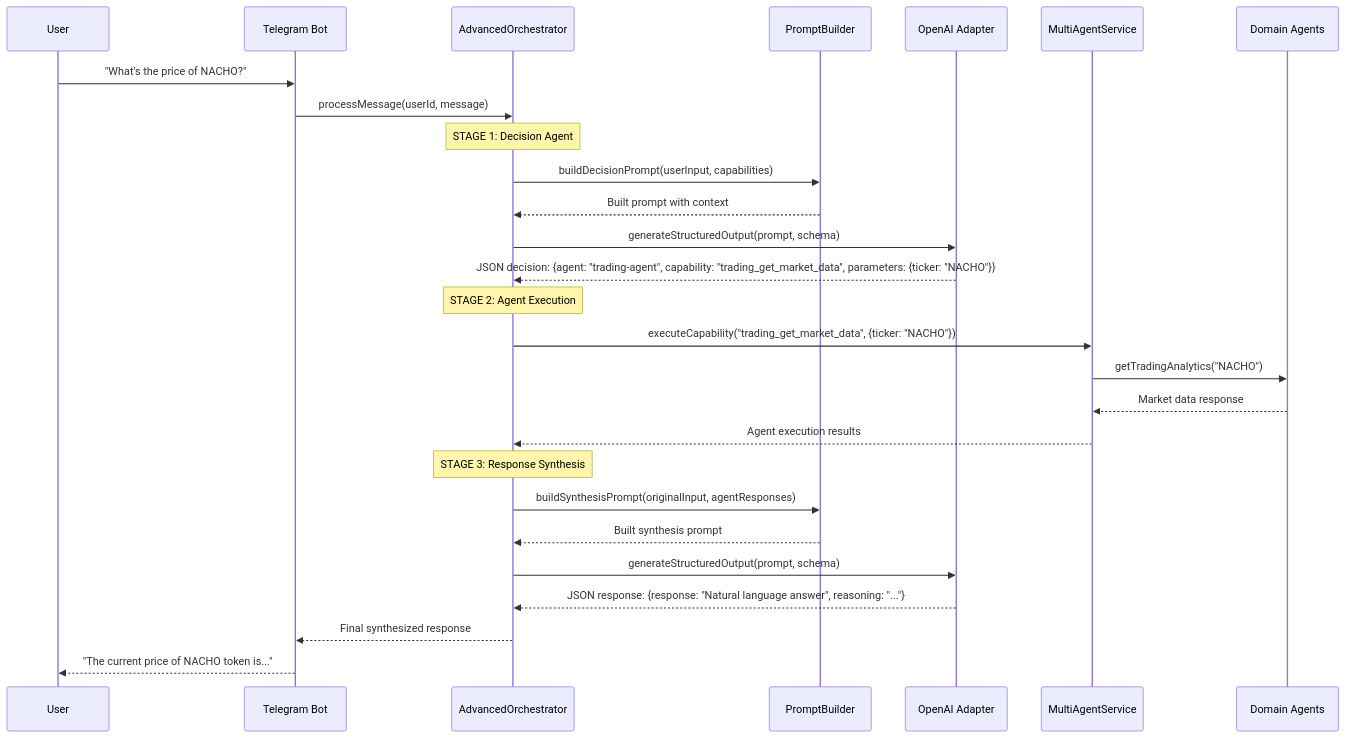
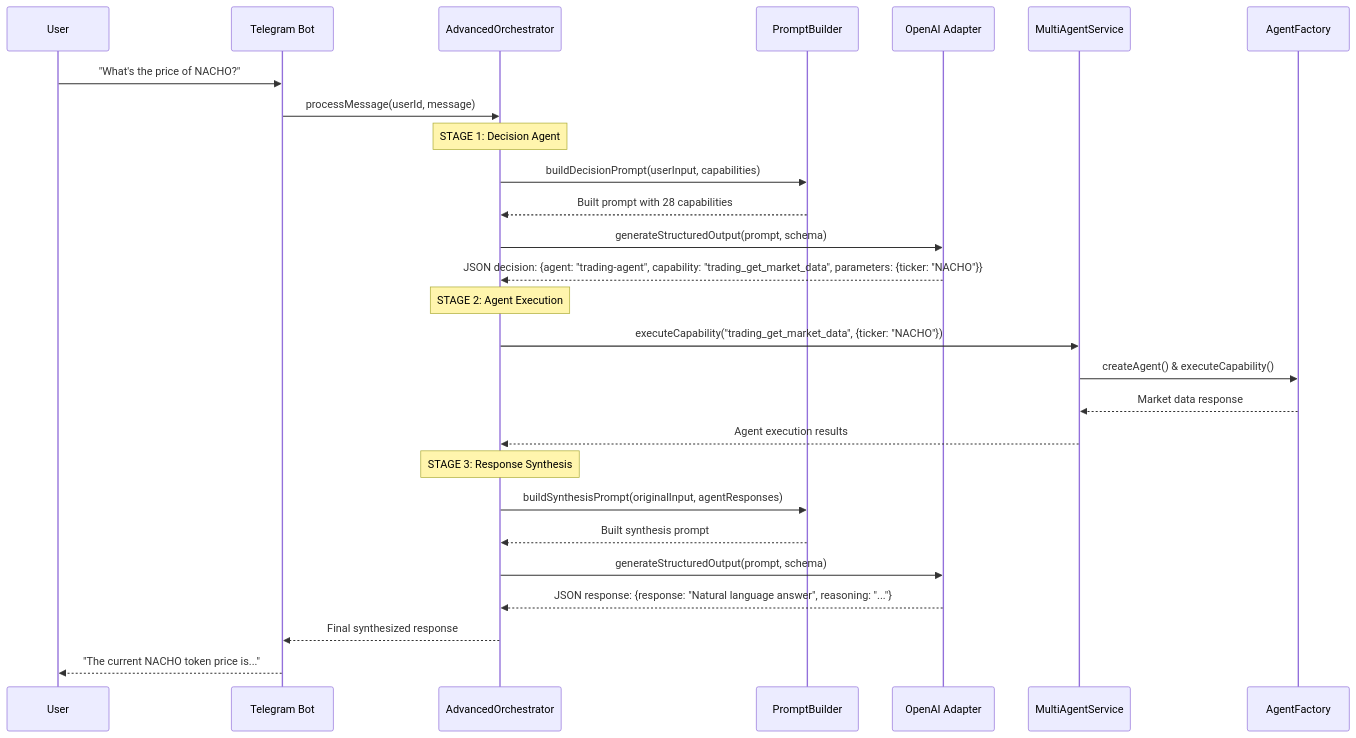
The second of 2 diagrams in README.md (KASPACOM/ai-agent), drawn with Mermaid before and after one commit. The commit also changed other lines of this file and 25 other files, not shown here.

Commit message:
switched to builder/factory structure for agents strated adress auth issue for calls

````diff
--- a/README.md
+++ b/README.md
@@ -90,34 +181,34 @@
 ```mermaid
 sequenceDiagram
     participant User
     participant TG as Telegram Bot
     participant ORCH as AdvancedOrchestrator
     participant PROMPT as PromptBuilder
     participant LLM as OpenAI Adapter
     participant MULTI as MultiAgentService
-    participant AGENTS as Domain Agents
+    participant FACTORY as AgentFactory
     
     User->>TG: "What's the price of NACHO?"
     TG->>ORCH: processMessage(userId, message)
     
     Note over ORCH: STAGE 1: Decision Agent
     ORCH->>PROMPT: buildDecisionPrompt(userInput, capabilities)
-    PROMPT-->>ORCH: Built prompt with context
+    PROMPT-->>ORCH: Built prompt with 28 capabilities
     ORCH->>LLM: generateStructuredOutput(prompt, schema)
     LLM-->>ORCH: JSON decision: {agent: "trading-agent", capability: "trading_get_market_data", parameters: {ticker: "NACHO"}}
     
     Note over ORCH: STAGE 2: Agent Execution
     ORCH->>MULTI: executeCapability("trading_get_market_data", {ticker: "NACHO"})
-    MULTI->>AGENTS: getTradingAnalytics("NACHO")
-    AGENTS-->>MULTI: Market data response
+    MULTI->>FACTORY: createAgent() & executeCapability()
+    FACTORY-->>MULTI: Market data response
     MULTI-->>ORCH: Agent execution results
     
     Note over ORCH: STAGE 3: Response Synthesis
     ORCH->>PROMPT: buildSynthesisPrompt(originalInput, agentResponses)
     PROMPT-->>ORCH: Built synthesis prompt
     ORCH->>LLM: generateStructuredOutput(prompt, schema)
     LLM-->>ORCH: JSON response: {response: "Natural language answer", reasoning: "..."}
     
     ORCH-->>TG: Final synthesized response
-    TG-->>User: "The current price of NACHO token is..."
+    TG-->>User: "The current NACHO token price is..."
 ```
````
